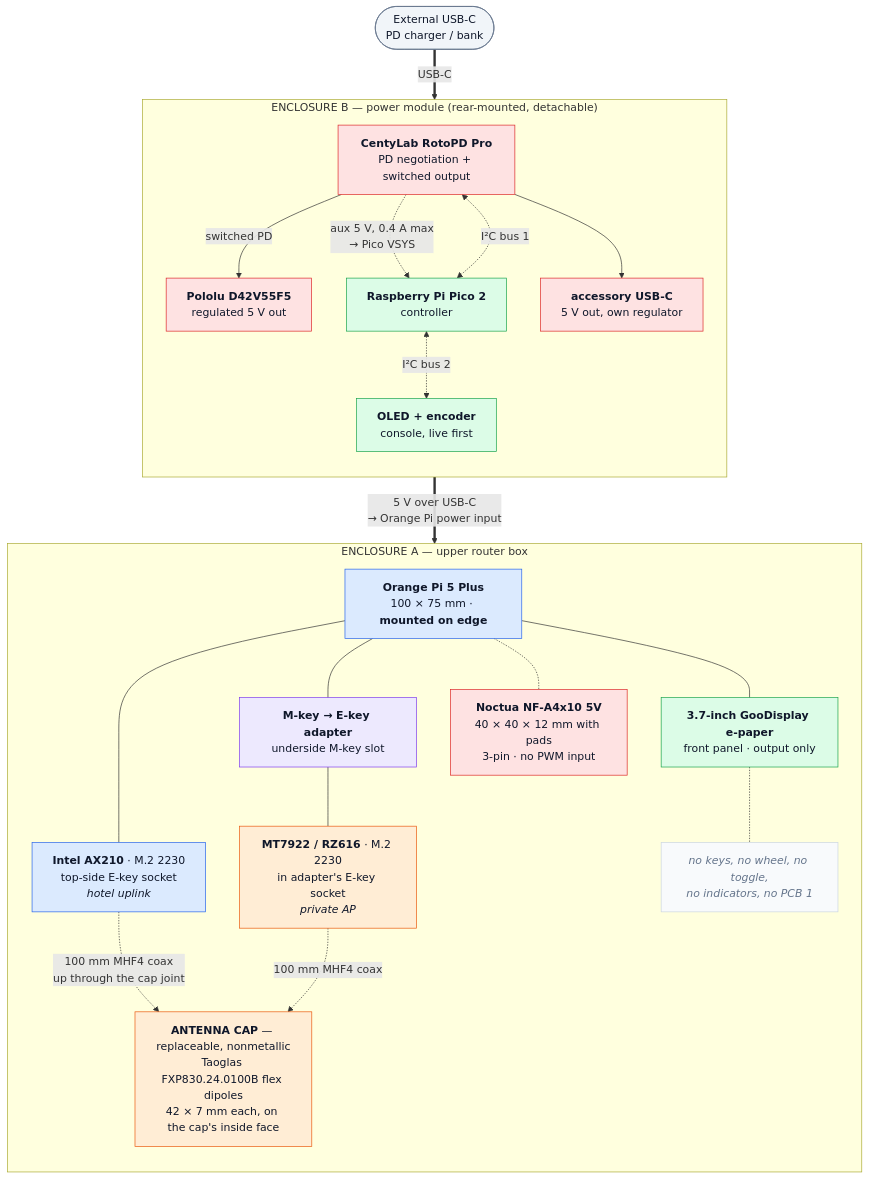
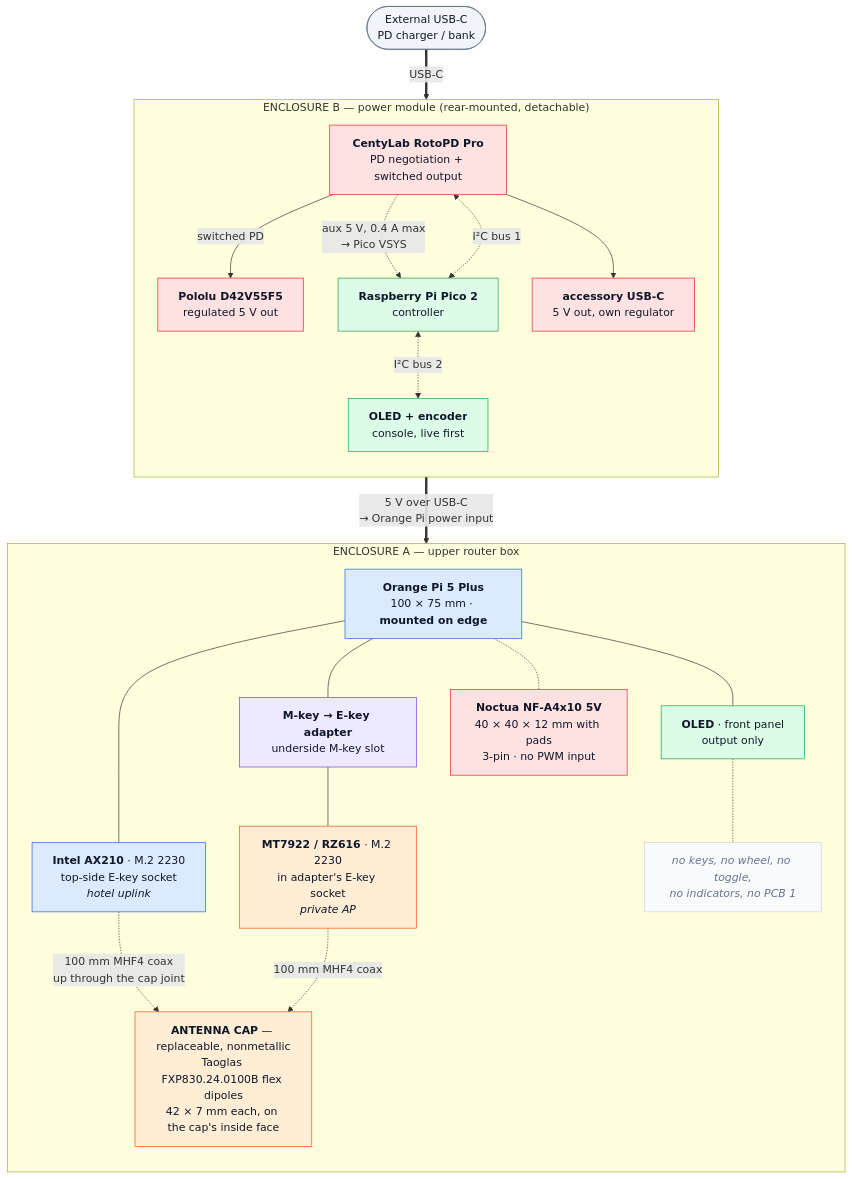
Before and after one commit to ParkWardRR/vezha: the diagram in docs/01-architecture.md, drawn with Mermaid. The commit also changed other lines of this file and 17 other files, not shown here.

First line of the commit message:
Switch the front panel to OLED, and state decisions without the history

````diff
--- a/docs/01-architecture.md
+++ b/docs/01-architecture.md
@@ -145,50 +77,50 @@
 ```mermaid
 flowchart TB
     CHG([External USB-C<br/>PD charger / bank]):::ext
 
     subgraph B["ENCLOSURE B — power module (rear-mounted, detachable)"]
         direction TB
         ROTO["<b>CentyLab RotoPD Pro</b><br/>PD negotiation + switched output"]:::pwr
         PICO["<b>Raspberry Pi Pico 2</b><br/>controller"]:::ctl
         POLOLU["<b>Pololu D42V55F5</b><br/>regulated 5 V out"]:::pwr
         CON["<b>OLED + encoder</b><br/>console, live first"]:::ctl
         ACC["<b>accessory USB-C</b><br/>5 V out, own regulator"]:::pwr
         ROTO -->|switched PD| POLOLU
         ROTO -.->|"aux 5 V, 0.4 A max<br/>→ Pico VSYS"| PICO
         PICO <-.->|"I²C bus 1"| ROTO
         PICO <-.->|"I²C bus 2"| CON
         ROTO --> ACC
     end
 
     subgraph A["ENCLOSURE A — upper router box"]
         direction TB
         CAP["<b>ANTENNA CAP</b> — replaceable, nonmetallic<br/>Taoglas FXP830.24.0100B flex dipoles<br/>42 × 7 mm each, on the cap's inside face"]:::ant
         PI["<b>Orange Pi 5 Plus</b><br/>100 × 75 mm · <b>mounted on edge</b>"]:::core
         AX["<b>Intel AX210</b> · M.2 2230<br/>top-side E-key socket<br/><i>hotel uplink</i>"]:::up
         ADP["<b>M-key → E-key adapter</b><br/>underside M-key slot"]:::adp
         MT["<b>MT7922 / RZ616</b> · M.2 2230<br/>in adapter's E-key socket<br/><i>private AP</i>"]:::ap
-        EPD["<b>3.7-inch GooDisplay e-paper</b><br/>front panel · output only"]:::ctl
+        EPD["<b>OLED</b> · front panel<br/>output only"]:::ctl
         FAN["<b>Noctua NF-A4x10 5V</b><br/>40 × 40 × 12 mm with pads<br/>3-pin · no PWM input"]:::pwr
         HL["<i>no keys, no wheel, no toggle,<br/>no indicators, no PCB 1</i>"]:::ghost
         PI --- AX
         PI --- ADP --- MT
         AX -.->|"100 mm MHF4 coax<br/>up through the cap joint"| CAP
         MT -.->|"100 mm MHF4 coax"| CAP
         PI --- EPD
         PI -.- FAN
         EPD -.- HL
     end
 
     CHG ==>|USB-C| ROTO
     POLOLU ==>|"5 V over USB-C<br/>→ Orange Pi power input"| PI
 
     classDef ext fill:#f1f5f9,stroke:#64748b,color:#0f172a
     classDef pwr fill:#fee2e2,stroke:#dc2626,color:#0f172a
     classDef ctl fill:#dcfce7,stroke:#16a34a,color:#0f172a
     classDef core fill:#dbeafe,stroke:#2563eb,color:#0f172a
     classDef up fill:#dbeafe,stroke:#2563eb,color:#0f172a
     classDef ap fill:#ffedd5,stroke:#ea580c,color:#0f172a
     classDef adp fill:#ede9fe,stroke:#7c3aed,color:#0f172a
     classDef ant fill:#ffedd5,stroke:#ea580c,color:#0f172a
     classDef ghost fill:#f8fafc,stroke:#cbd5e1,color:#64748b
 ```
````
